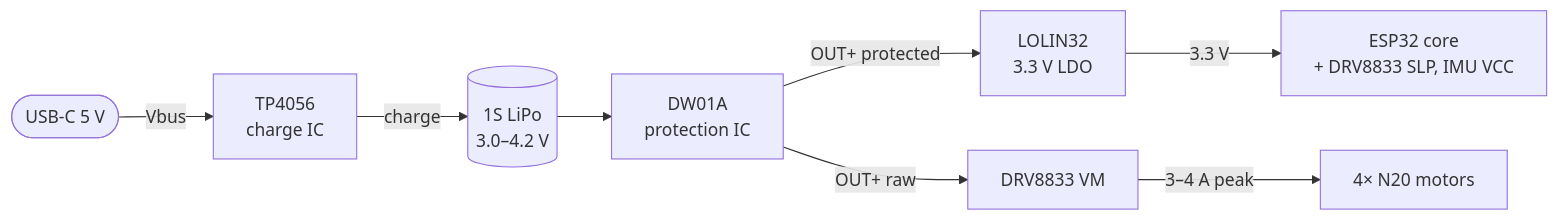
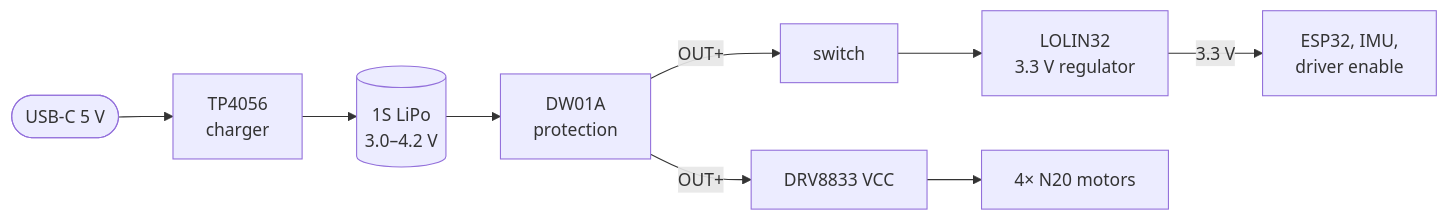
Before and after one commit to wouterds/minibot: the second of 2 diagrams in README.md, drawn with Mermaid. The commit also changed other lines of this file, not shown here.

````diff
--- a/README.md
+++ b/README.md
@@ -50,10 +76,11 @@
 ```mermaid
 flowchart LR
-    USBC([USB-C 5 V]) -->|Vbus| TP[TP4056<br/>charge IC]
-    TP -->|charge| BAT[(1S LiPo<br/>3.0–4.2 V)]
-    BAT --> DW[DW01A<br/>protection IC]
-    DW -->|OUT+ protected| LDO[LOLIN32<br/>3.3 V LDO]
-    DW -->|OUT+ raw| VM[DRV8833 VM]
-    LDO -->|3.3 V| LOGIC[ESP32 core<br/>+ DRV8833 SLP, IMU VCC]
-    VM -->|3–4 A peak| MOT[4× N20 motors]
+    USBC([USB-C 5 V]) --> TP[TP4056<br/>charger]
+    TP --> BAT[(1S LiPo<br/>3.0–4.2 V)]
+    BAT --> DW[DW01A<br/>protection]
+    DW -->|OUT+| SW[switch]
+    SW --> LDO[LOLIN32<br/>3.3 V regulator]
+    DW -->|OUT+| VM[DRV8833 VCC]
+    LDO -->|3.3 V| LOGIC[ESP32, IMU,<br/>driver enable]
+    VM --> MOT[4× N20 motors]
 ```
````
